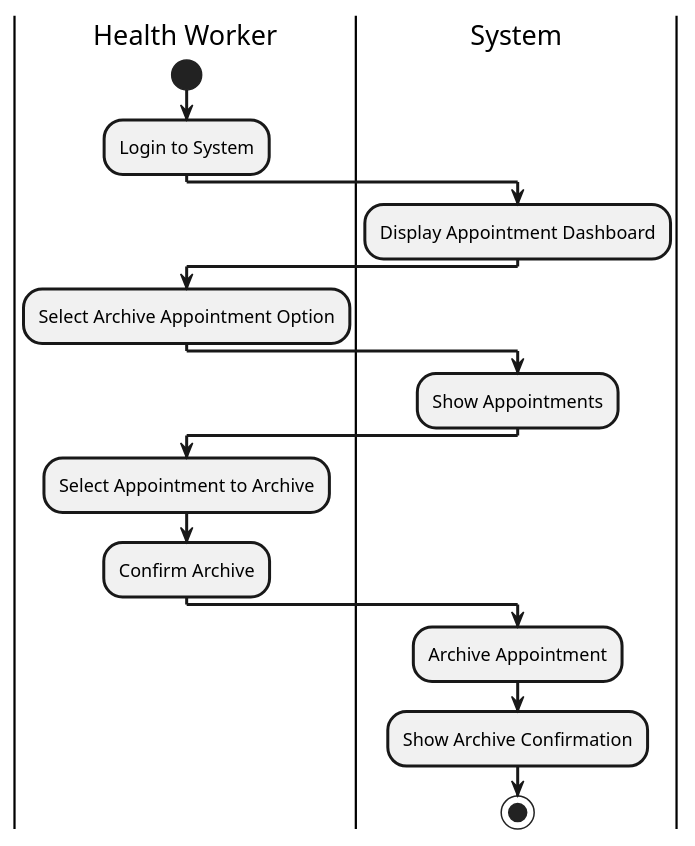
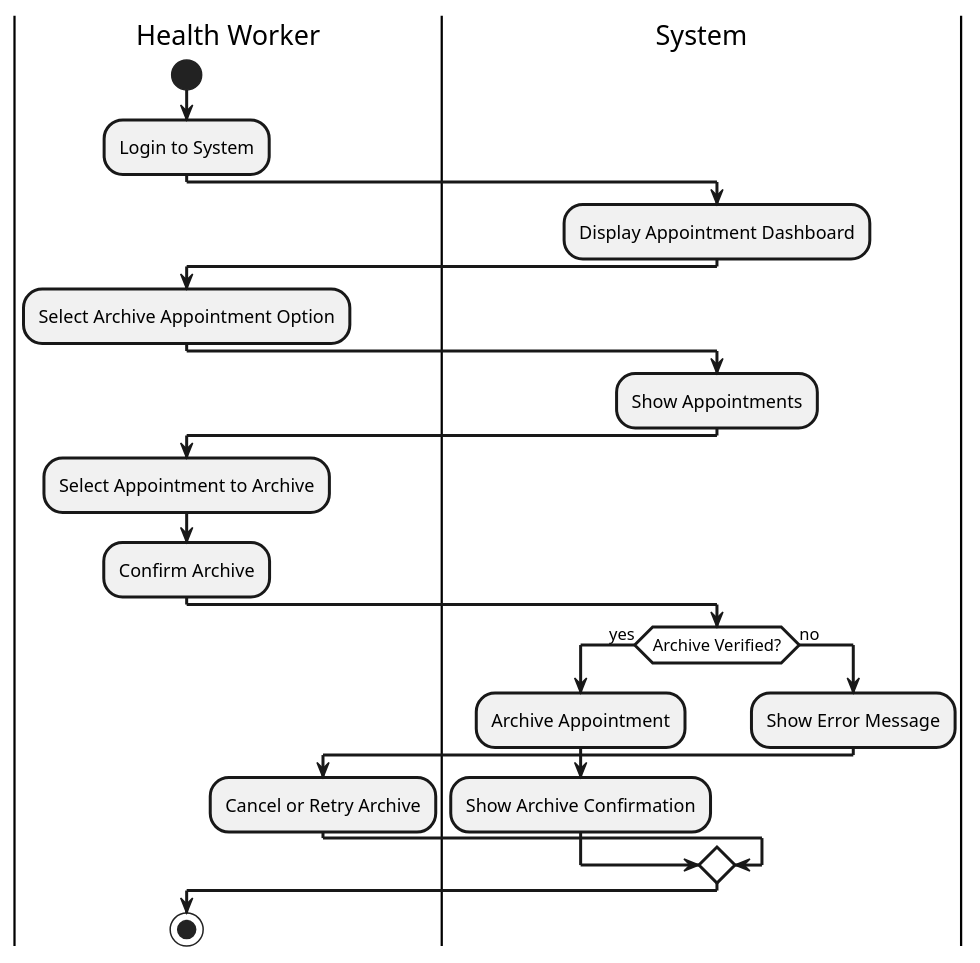
Before and after one commit to KuroKage-001/Mamatid_MedClinic: the diagram in dist/02 - diagrams/Activity_Diagrams/health_worker_archive_appointment_activity.puml, drawn with PlantUML. The commit also changed 12 other files, not shown here.

```diff
--- a/dist/02 - diagrams/Activity_Diagrams/health_worker_archive_appointment_activity.puml
+++ b/dist/02 - diagrams/Activity_Diagrams/health_worker_archive_appointment_activity.puml
@@ -1,31 +1,37 @@
 @startuml
 skinparam defaultTextAlignment center
 skinparam ArrowThickness 2
 skinparam ActivityBorderThickness 2
 skinparam ActivityDiamondBackgroundColor white
 skinparam ActivityDiamondBorderThickness 2
 
 |Health Worker|
 start
 :Login to System;
 
 |System|
 :Display Appointment Dashboard;
 
 |Health Worker|
 :Select Archive Appointment Option;
 
 |System|
 :Show Appointments;
 
 |Health Worker|
 :Select Appointment to Archive;
 :Confirm Archive;
 
 |System|
-:Archive Appointment;
-:Show Archive Confirmation;
+if (Archive Verified?) then (yes)
+  :Archive Appointment;
+  :Show Archive Confirmation;
+else (no)
+  :Show Error Message;
+  |Health Worker|
+  :Cancel or Retry Archive;
+endif
 
 stop
 
 @enduml 
```
